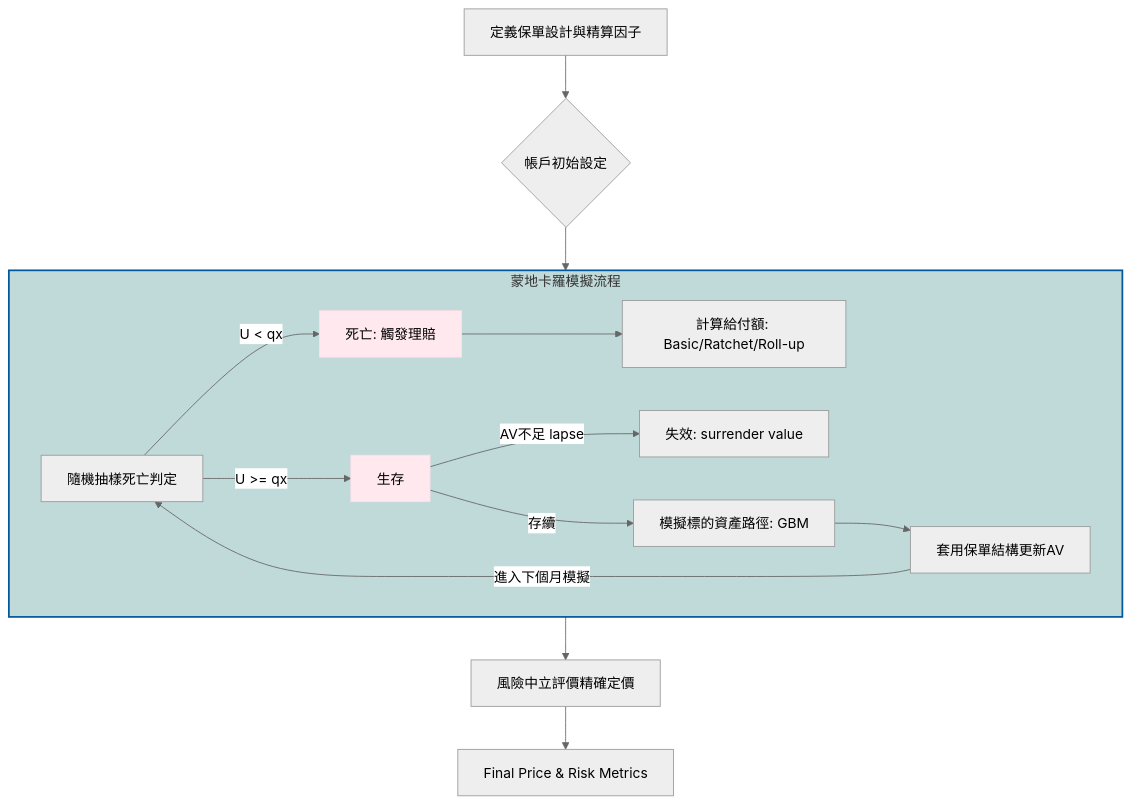
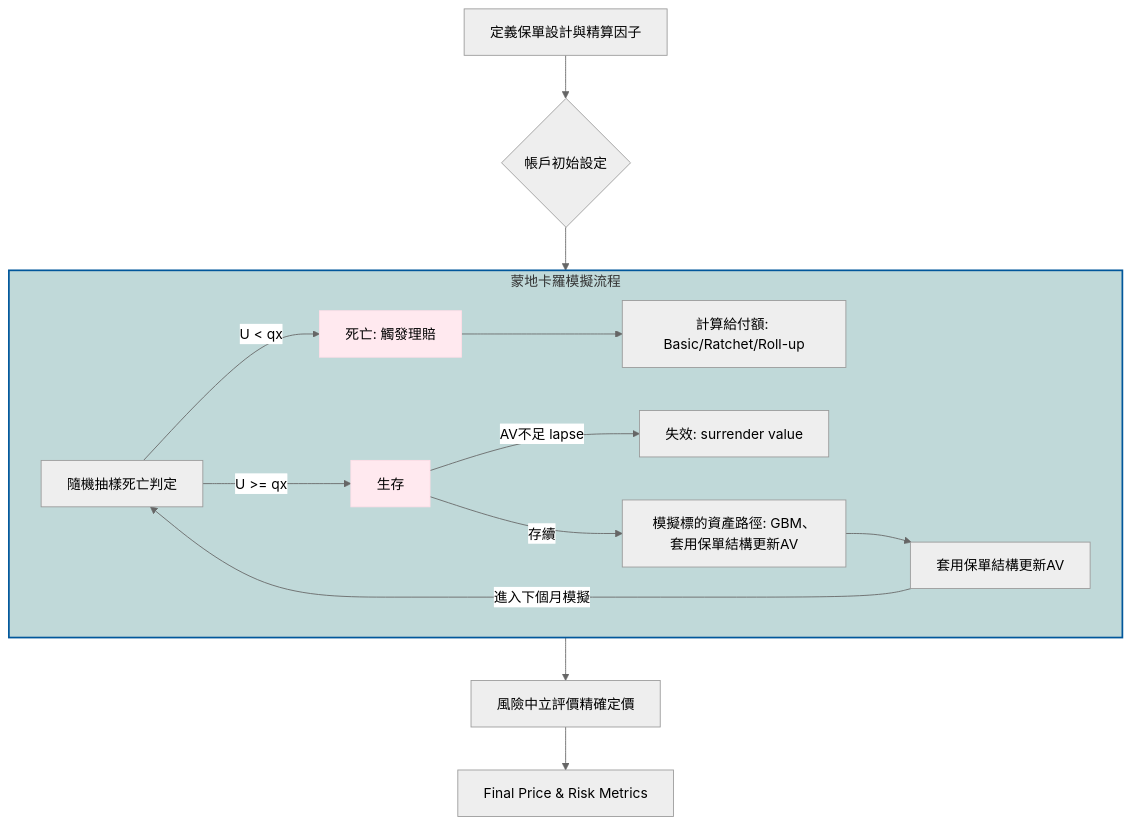
Before and after one commit to Kai-Yun-Chang/--Simulation-Python: the diagram in README.md, drawn with Mermaid (neutral theme).

````diff
--- a/README.md
+++ b/README.md
@@ -26,25 +26,25 @@
 ```mermaid
 graph TD
     %% 主流程
     Input[定義保單設計與精算因子] --> Mechanism{帳戶初始設定}
     Mechanism --> Simulation[蒙地卡羅模擬流程]
     Simulation --> Risk-neutral[風險中立評價精確定價]
     Risk-neutral --> Result[Final Price & Risk Metrics]
 
     %% 蒙地卡羅詳細步驟 (子圖)
     subgraph Simulation [蒙地卡羅模擬流程]
         S1[隨機抽樣死亡判定] -->|U < qx| Dead[死亡: 觸發理賠]
         S1 -->|U >= qx| Alive[生存]
         Dead --> DB[計算給付額: Basic/Ratchet/Roll-up]
         Alive --> |AV不足 lapse| Lapse[失效: surrender value]
-        Alive --> |存續|S2[模擬標的資產路徑: GBM]
+        Alive --> |存續|S2[模擬標的資產路徑: GBM、套用保單結構更新AV]
         S2 --> S3[套用保單結構更新AV]
        
         
         S3 -->|進入下個月模擬| S1
     end
 
     style Dead fill:#ffe9ef,stroke:#ffdee7
     style Alive fill:#ffe9ef,stroke:#ffdee7
     style Simulation fill:#c0d9d9,stroke:#01579b,stroke-width:2px
 ```
````
